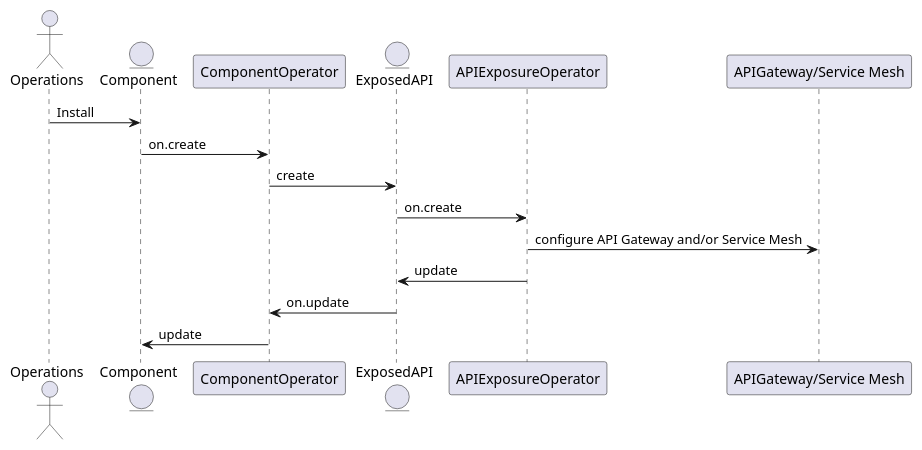
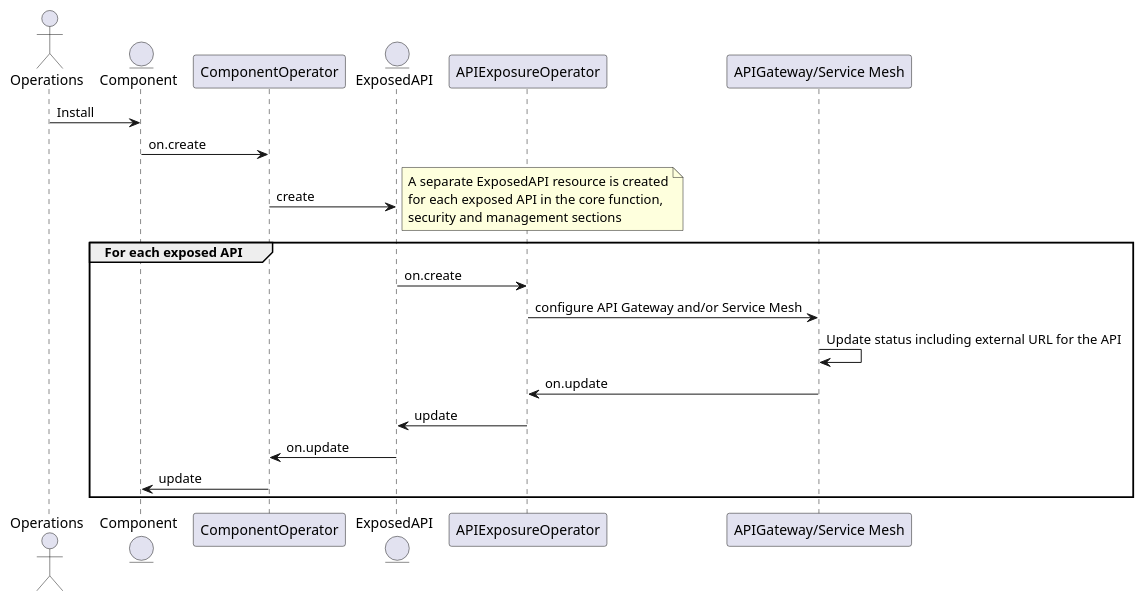
The diagram in oda-canvas-ctk/usecase-library/Expose-API-for-component/exposeAPI.puml (tmforum-oda/oda-canvas), drawn with PlantUML before and after one commit. The commit also changed 1 other file, not shown here.

Commit message:
Updated to show cardinality for each API

```diff
--- a/oda-canvas-ctk/usecase-library/Expose-API-for-component/exposeAPI.puml
+++ b/oda-canvas-ctk/usecase-library/Expose-API-for-component/exposeAPI.puml
@@ -1,19 +1,28 @@
 @startuml
 
 actor Operations
 entity Component
 participant ComponentOperator
 entity ExposedAPI
 participant APIExposureOperator
 participant "APIGateway/Service Mesh"
 
 Component <- Operations : Install
 Component -> ComponentOperator: on.create 
 ComponentOperator -> ExposedAPI: create
-ExposedAPI -> APIExposureOperator: on.create 
-APIExposureOperator -> "APIGateway/Service Mesh" : configure API Gateway and/or Service Mesh
-ExposedAPI <- APIExposureOperator: update
-ComponentOperator <- ExposedAPI: on.update
-Component <- ComponentOperator: update 
+note right
+    A separate ExposedAPI resource is created
+    for each exposed API in the core function,
+    security and management sections
+end note
+group For each exposed API
+    ExposedAPI -> APIExposureOperator: on.create 
+    APIExposureOperator -> "APIGateway/Service Mesh" : configure API Gateway and/or Service Mesh
+    "APIGateway/Service Mesh" -> "APIGateway/Service Mesh": Update status including external URL for the API
+    APIExposureOperator <- "APIGateway/Service Mesh" : on.update
+    ExposedAPI <- APIExposureOperator: update
+    ComponentOperator <- ExposedAPI: on.update
+    Component <- ComponentOperator: update 
+end
 
 @enduml
```
